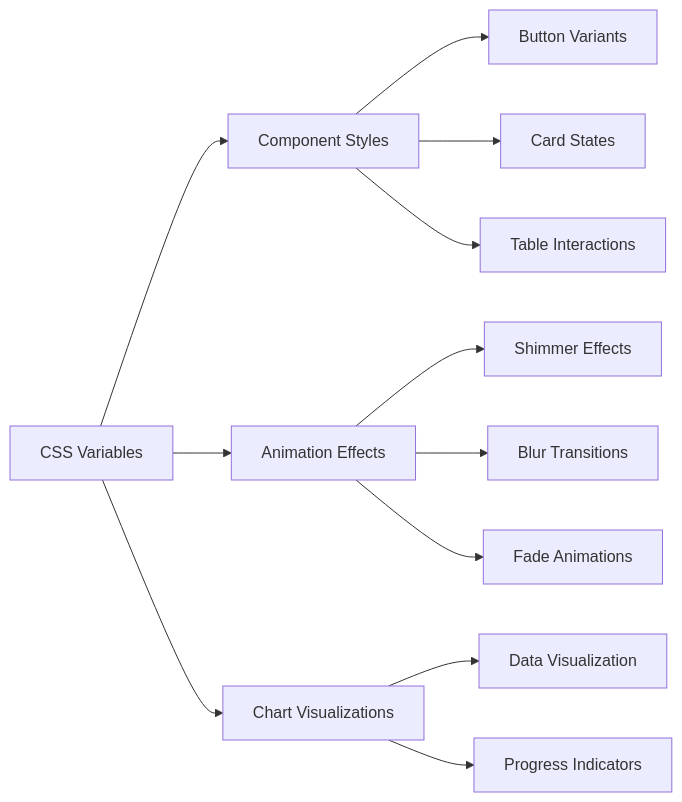
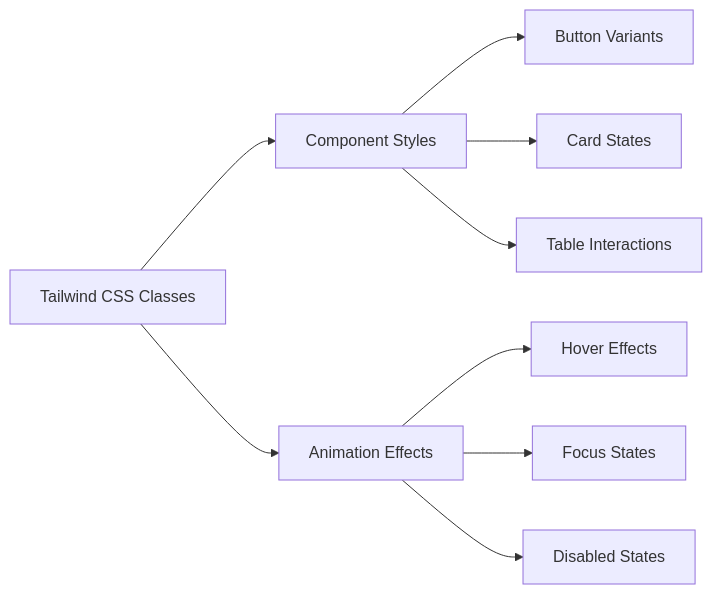
The fourth of 6 diagrams in .qoder/repowiki/en/content/Frontend Architecture/UI_UX Refactor Design Document.md (PA-Penajam/kepegawaian_apps), drawn with Mermaid before and after one commit. The commit also changed other lines of this file and 22 other files, not shown here.

````diff
--- a/.qoder/repowiki/en/content/Frontend Architecture/UI_UX Refactor Design Document.md
+++ b/.qoder/repowiki/en/content/Frontend Architecture/UI_UX Refactor Design Document.md
@@ -334,14 +222,11 @@
 ```mermaid
 graph LR
-A[CSS Variables] --> B[Component Styles]
+A[Tailwind CSS Classes] --> B[Component Styles]
 A --> C[Animation Effects]
-A --> D[Chart Visualizations]
-B --> E[Button Variants]
-B --> F[Card States]
-B --> G[Table Interactions]
-C --> H[Shimmer Effects]
-C --> I[Blur Transitions]
-C --> J[Fade Animations]
-D --> K[Data Visualization]
-D --> L[Progress Indicators]
+B --> D[Button Variants]
+B --> E[Card States]
+B --> F[Table Interactions]
+C --> G[Hover Effects]
+C --> H[Focus States]
+C --> I[Disabled States]
 ```
````
